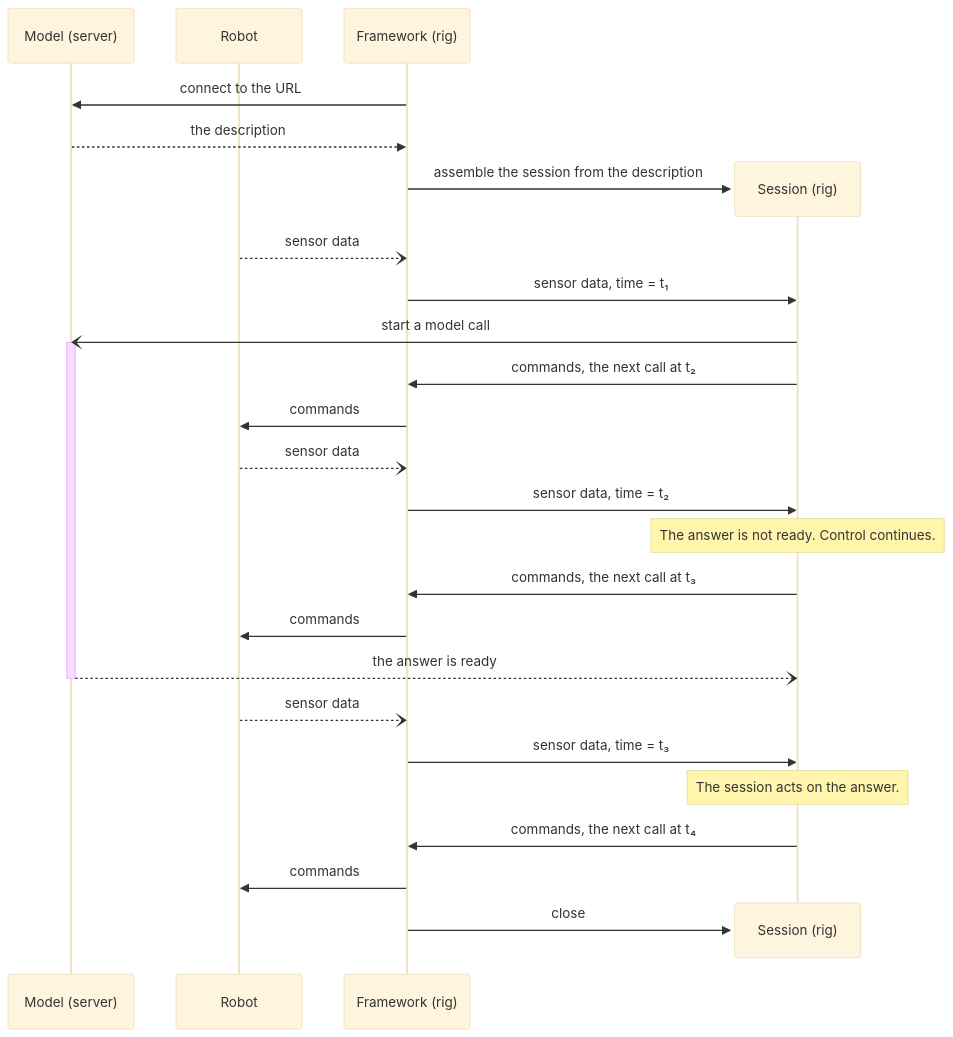
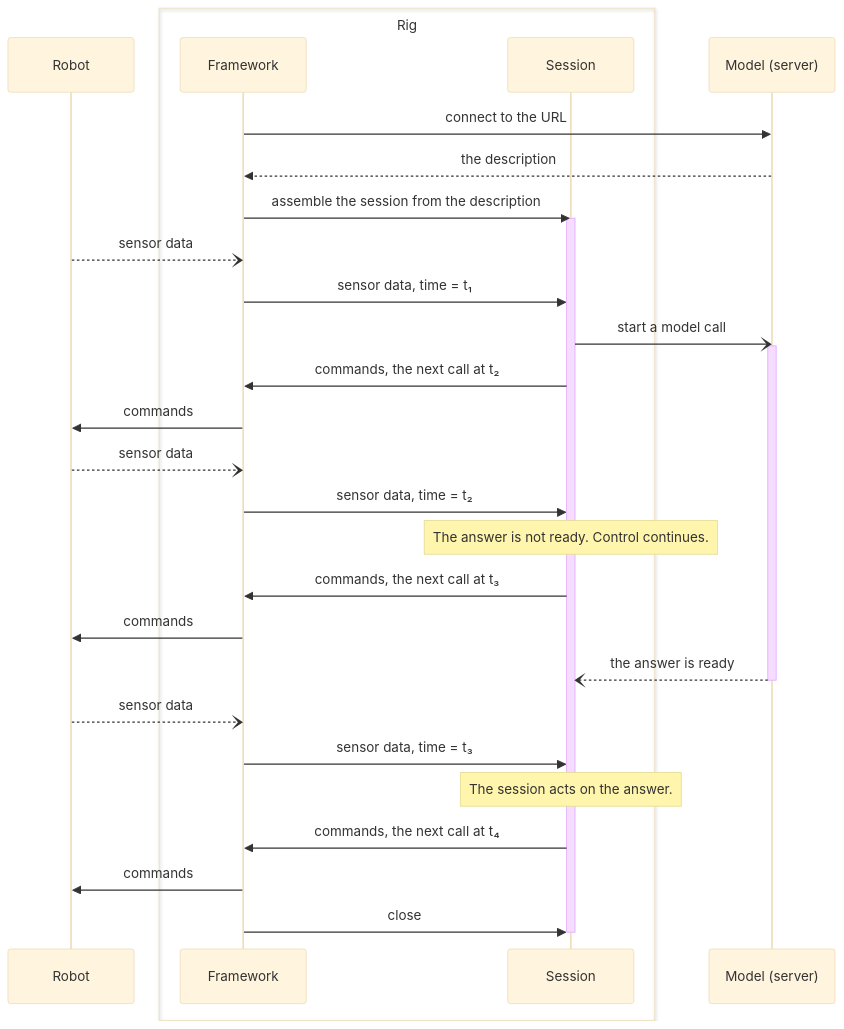
The first of 2 diagrams in positronic/policy/DESIGN.md (Positronic-Robotics/positronic), drawn with Mermaid (base theme) before and after one commit.

Commit message:
Put the robot left, the model right and box the rig

````diff
--- a/positronic/policy/DESIGN.md
+++ b/positronic/policy/DESIGN.md
@@ -137,30 +137,33 @@
 ```mermaid
 sequenceDiagram
+    participant R as Robot
+    box Rig
+        participant F as Framework
+        participant S as Session
+    end
     participant M as Model (server)
-    participant R as Robot
-    participant F as Framework (rig)
     F->>M: connect to the URL
     M-->>F: the description
-    create participant S as Session (rig)
     F->>S: assemble the session from the description
+    activate S
     R--)F: sensor data
     F->>S: sensor data, time = t₁
     S-)M: start a model call
     activate M
     S->>F: commands, the next call at t₂
     F->>R: commands
     R--)F: sensor data
     F->>S: sensor data, time = t₂
     Note over S: The answer is not ready. Control continues.
     S->>F: commands, the next call at t₃
     F->>R: commands
     M--)S: the answer is ready
     deactivate M
     R--)F: sensor data
     F->>S: sensor data, time = t₃
     Note over S: The session acts on the answer.
     S->>F: commands, the next call at t₄
     F->>R: commands
-    destroy S
     F->>S: close
+    deactivate S
 ```
````
